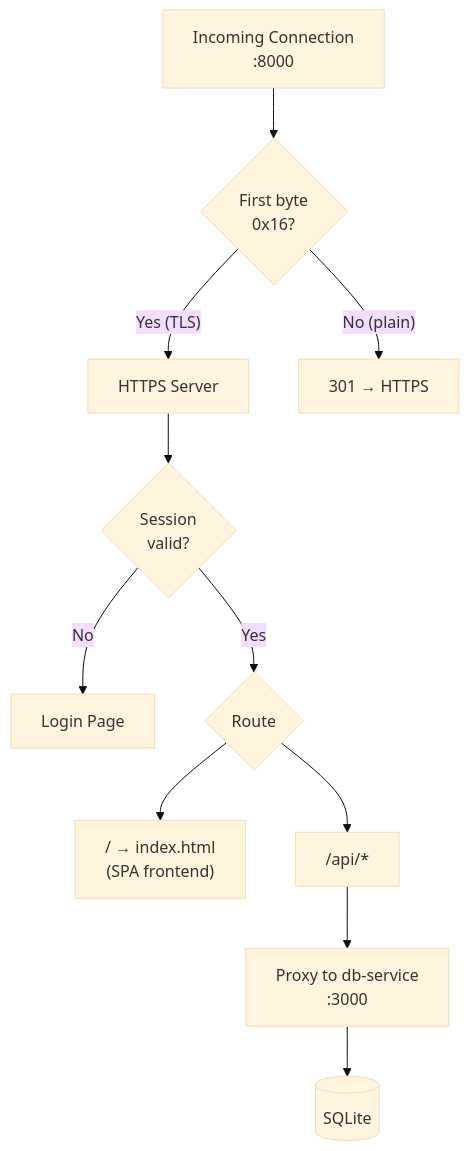
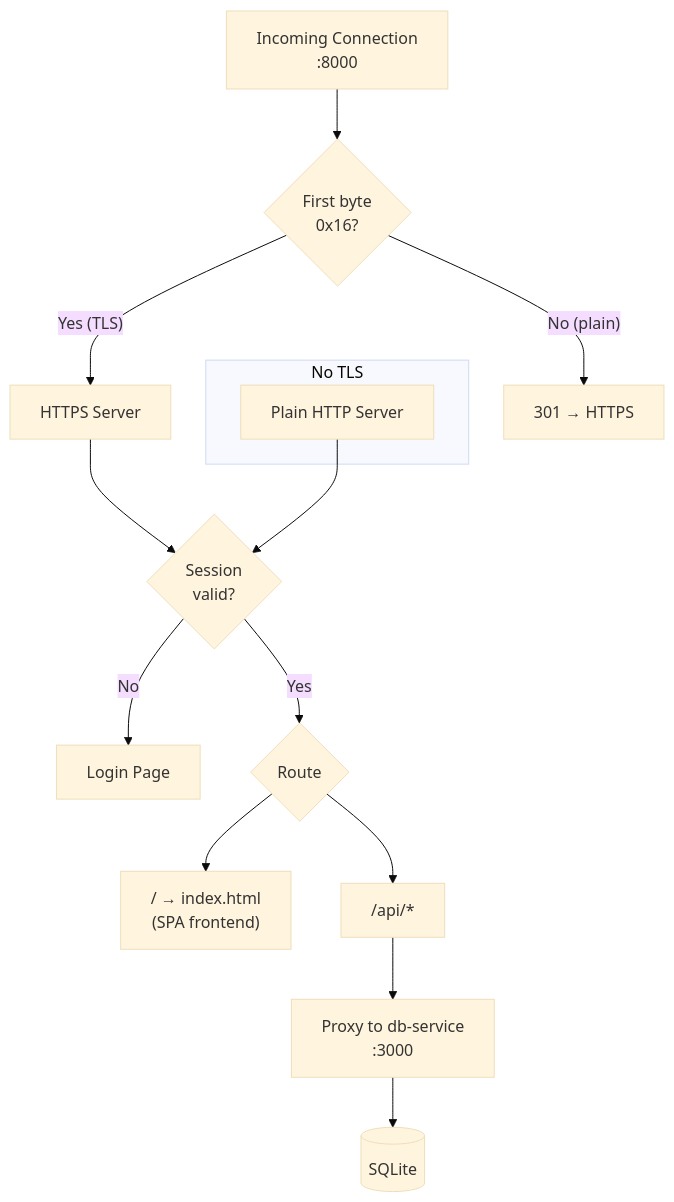
Before and after one commit to leuthera/tt-tracker: the second of 2 diagrams in README.md, drawn with Mermaid (base theme). The commit also changed other lines of this file and 3 other files, not shown here.

````diff
--- a/README.md
+++ b/README.md
@@ -39,16 +39,21 @@
 ```mermaid
 flowchart TD
     REQ["Incoming Connection<br/>:8000"] --> PEEK{"First byte<br/>0x16?"}
     PEEK -- "Yes (TLS)" --> HTTPS["HTTPS Server"]
     PEEK -- "No (plain)" --> REDIR["301 → HTTPS"]
 
+    subgraph No TLS
+        PLAIN["Plain HTTP Server"]
+    end
+
     HTTPS --> AUTH{"Session<br/>valid?"}
+    PLAIN --> AUTH
     AUTH -- "No" --> LOGIN["Login Page"]
     AUTH -- "Yes" --> ROUTE{"Route"}
 
     ROUTE --> STATIC["/ → index.html<br/>(SPA frontend)"]
     ROUTE --> API["/api/*"]
 
     API --> PROXY["Proxy to db-service<br/>:3000"]
     PROXY --> SQLITE[("SQLite")]
 ```
````
